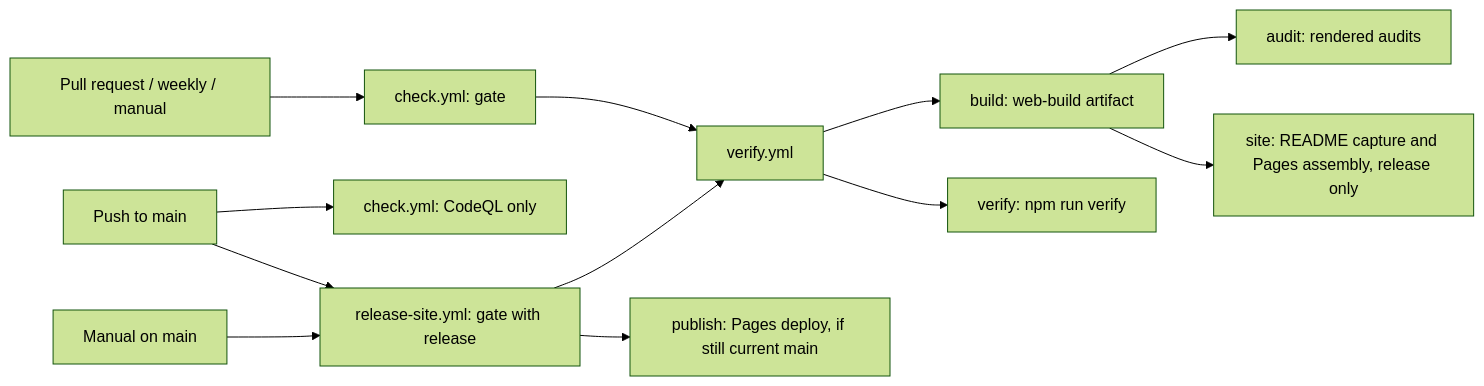
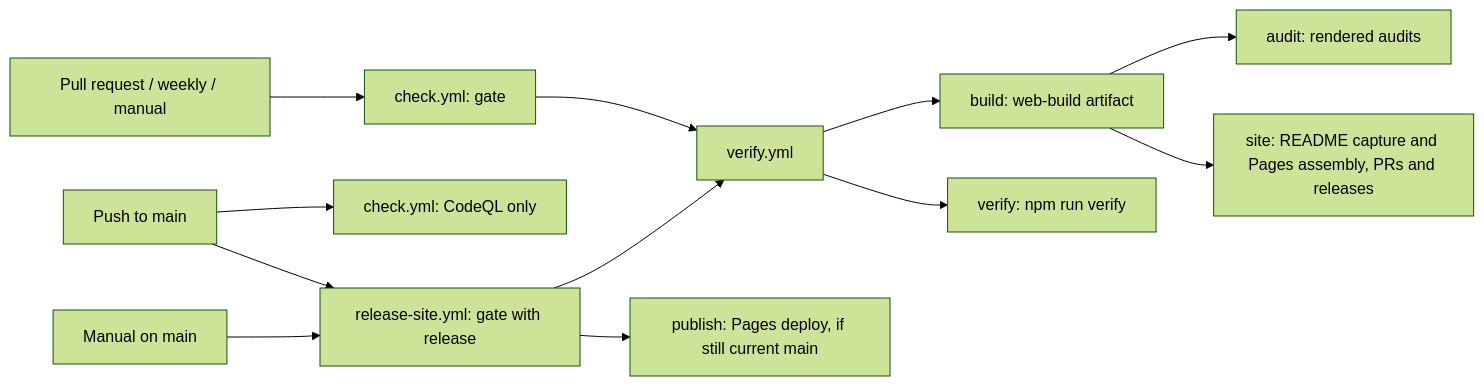
The diagram in docs/operations/github-actions.md (AlbiDR/FolioDash), drawn with Mermaid (forest theme) before and after one commit. The commit also changed other lines of this file and 3 other files, not shown here.

````diff
--- a/docs/operations/github-actions.md
+++ b/docs/operations/github-actions.md
@@ -24,14 +24,14 @@
 ```mermaid
 flowchart LR
     pr[Pull request / weekly / manual] --> check[check.yml: gate]
     push[Push to main] --> codeql[check.yml: CodeQL only]
     push --> release[release-site.yml: gate with release]
     manual[Manual on main] --> release
     check --> gate[verify.yml]
     release --> gate
     gate --> build[build: web-build artifact]
     build --> audit[audit: rendered audits]
-    build --> site[site: README capture and Pages assembly, release only]
+    build --> site[site: README capture and Pages assembly, PRs and releases]
     gate --> verify[verify: npm run verify]
     release --> publish[publish: Pages deploy, if still current main]
 ```
````
